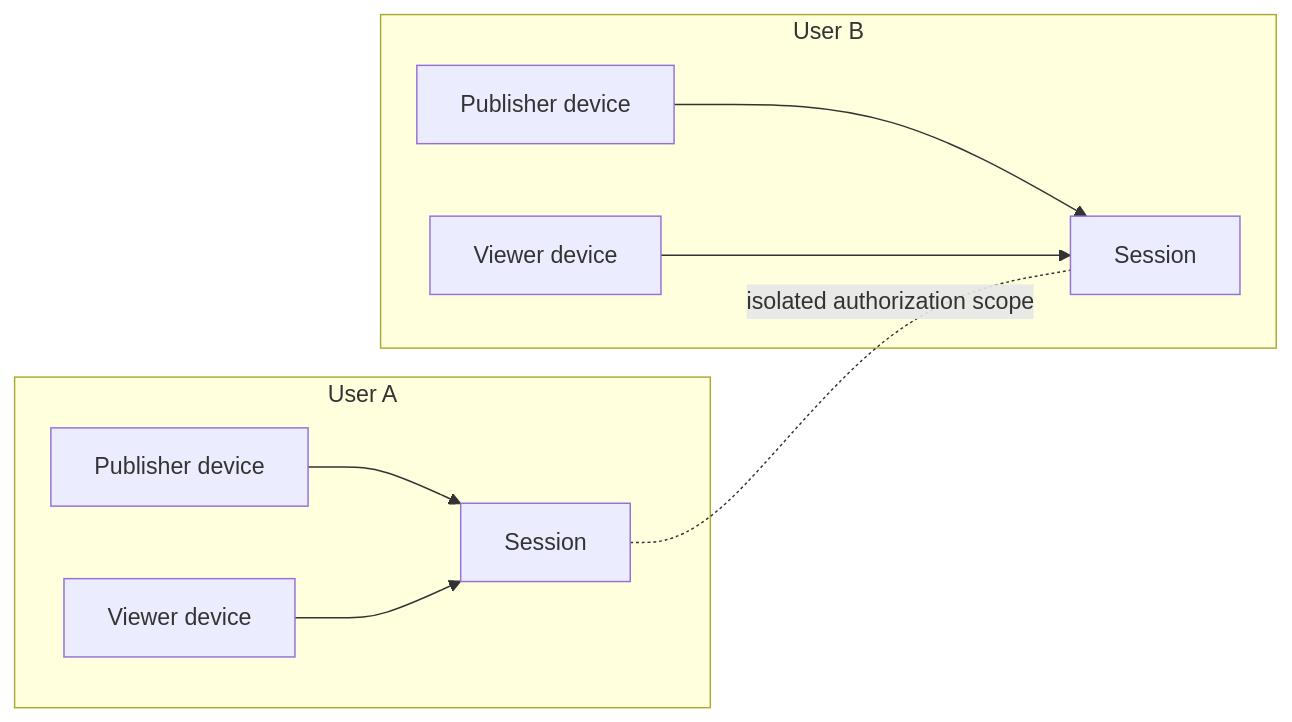
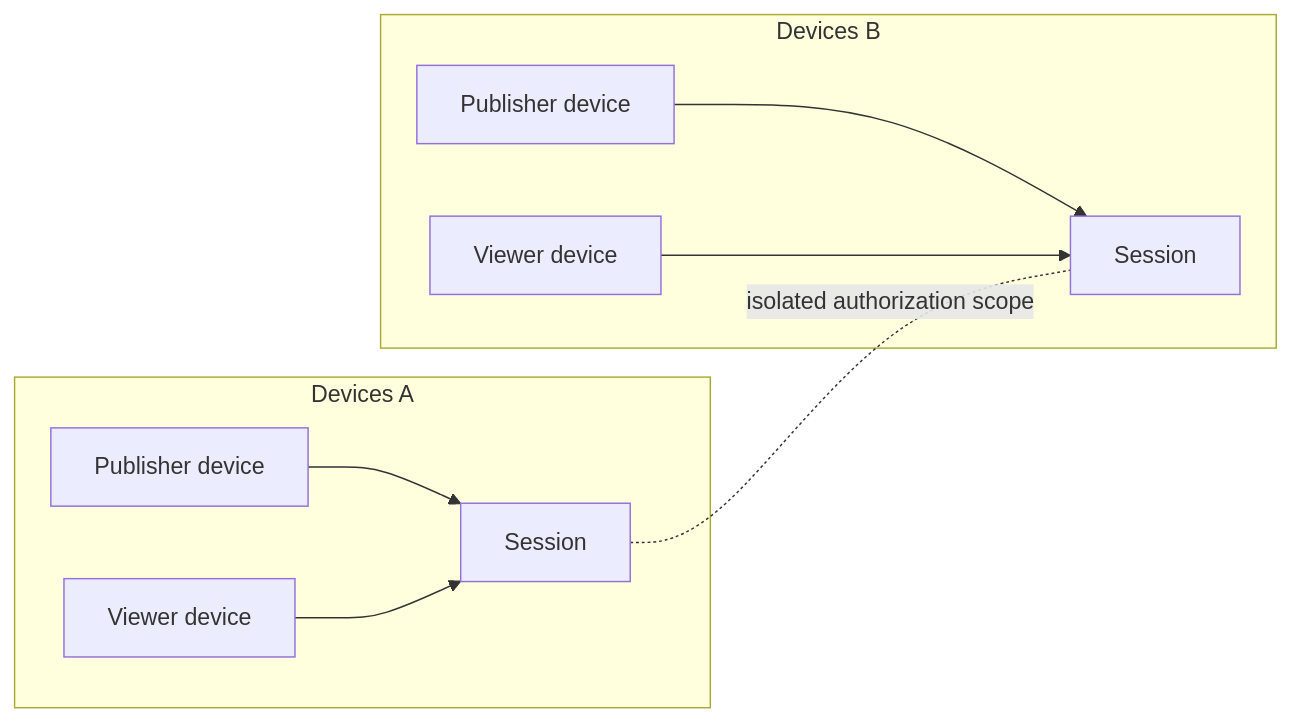
The fourth of 5 diagrams in docs/architecture.md (vitorhugo-dotnet/dotnet_SonicRelay), drawn with Mermaid before and after one commit. The commit also changed other lines of this file and 15 other files, not shown here.

````diff
--- a/docs/architecture.md
+++ b/docs/architecture.md
@@ -160,12 +172,12 @@
 ```mermaid
 flowchart LR
-    subgraph A["User A"]
+    subgraph A["Devices A"]
         A_PC["Publisher device"] --> A_SESSION["Session"]
         A_PHONE["Viewer device"] --> A_SESSION
     end
-    subgraph B["User B"]
+    subgraph B["Devices B"]
         B_PC["Publisher device"] --> B_SESSION["Session"]
         B_PHONE["Viewer device"] --> B_SESSION
     end
     A_SESSION -. "isolated authorization scope" .- B_SESSION
 ```
````
